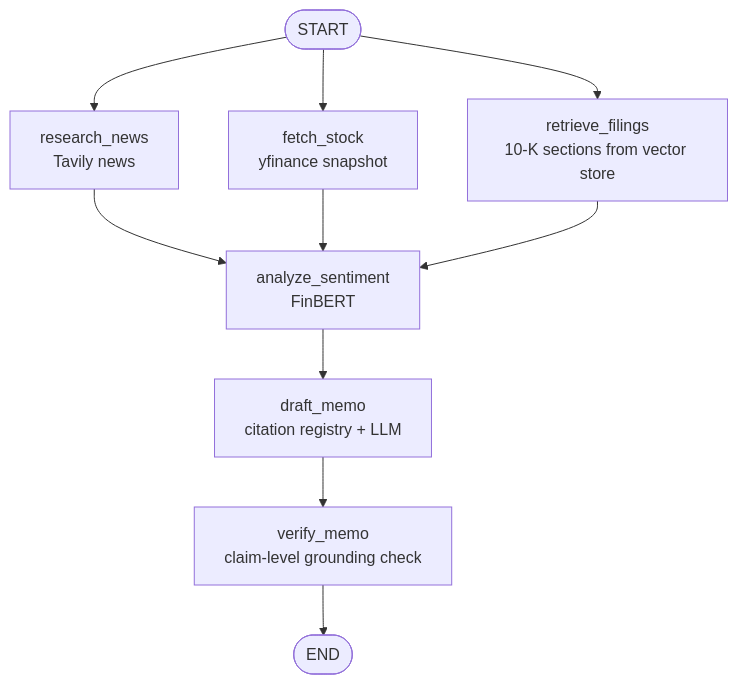
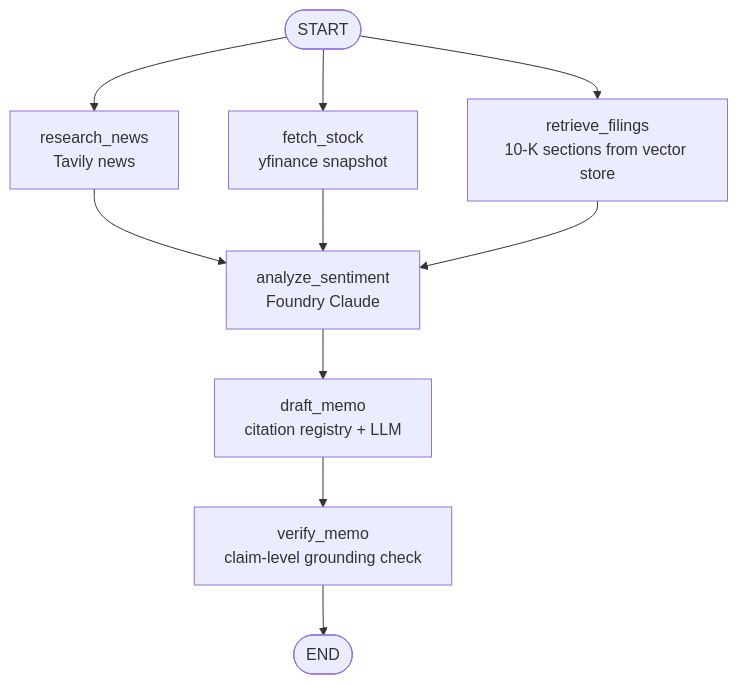
One commit to nilesh-auradkar05/Financial-Analyst-Agent changed the diagram in README.md. Above: the diagram before and after it, drawn with Mermaid. The commit also changed other lines of this file and 9 other files, not shown here.

````diff
--- a/README.md
+++ b/README.md
@@ -71,12 +71,12 @@
 ```mermaid
 flowchart TD
     S([START]) --> N[research_news<br/>Tavily news]
     S --> K[fetch_stock<br/>yfinance snapshot]
     S --> F[retrieve_filings<br/>10-K sections from vector store]
-    N --> A[analyze_sentiment<br/>FinBERT]
+    N --> A[analyze_sentiment<br/>Foundry Claude]
     K --> A
     F --> A
     A --> D[draft_memo<br/>citation registry + LLM]
     D --> V[verify_memo<br/>claim-level grounding check]
     V --> E([END])
 ```
````
